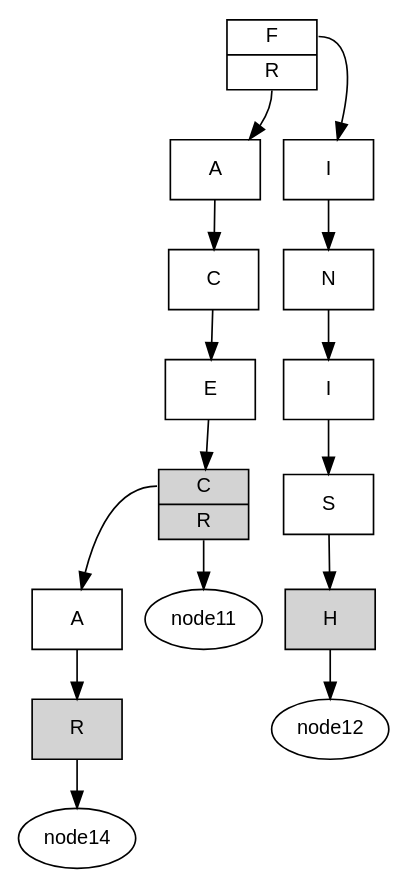
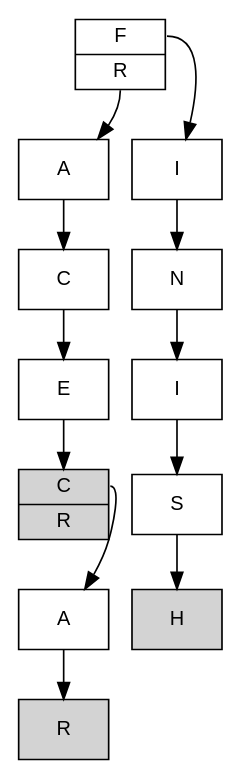
Before and after one commit to samsepi0x0/trie-visualize: the diagram in build/trie.dot, drawn with Graphviz. The commit also changed 3 other files, not shown here.

```diff
--- a/build/trie.dot
+++ b/build/trie.dot
@@ -1,83 +1,80 @@
 digraph g { 
 
 beautify = true;
 fontname="Helvetica,Arial,sans-serif" 
 node [fontname="Helvetica,Arial,sans-serif"] 
 edge [fontname="Helvetica,Arial,sans-serif"] 
 graph [nodesep=0.2, ranksep=0.4];
 graph [ rankdir = "TB" ]; 
 node [ 
 fontsize = "12"
 shape = "ellipse"
 ]; 
 edge []; 
 "node10" [ 
 label = "{ <f0> A }"
 shape = "record"
 ];
 "node9" [ 
 label = "{ <f7> H }"
 shape = "record"
 
 style = "filled"
 ];
 "node8" [ 
 label = "{<f2> C | <f17> R }"
 shape = "record"
 
 style = "filled"
 ];
 "node7" [ 
 label = "{ <f18> S }"
 shape = "record"
 ];
 "node6" [ 
 label = "{ <f4> E }"
 shape = "record"
 ];
 "node5" [ 
 label = "{ <f8> I }"
 shape = "record"
 ];
 "node4" [ 
 label = "{ <f2> C }"
 shape = "record"
 ];
 "node3" [ 
 label = "{ <f13> N }"
 shape = "record"
 ];
 "node2" [ 
 label = "{ <f0> A }"
 shape = "record"
 ];
 "node1" [ 
 label = "{ <f8> I }"
 shape = "record"
 ];
 "node13" [ 
 label = "{ <f17> R }"
 shape = "record"
 
 style = "filled"
 ];
 "node0" [ 
 label = "{<f5> F | <f17> R }"
 shape = "record"
 ];
 "node0":f5 -> "node1" [ id = 0 ];
 "node0":f17 -> "node2" [ id = 1 ];
 "node1":f8 -> "node3" [ id = 2 ];
 "node2":f0 -> "node4" [ id = 3 ];
 "node3":f13 -> "node5" [ id = 4 ];
 "node4":f2 -> "node6" [ id = 5 ];
 "node5":f8 -> "node7" [ id = 6 ];
 "node6":f4 -> "node8" [ id = 7 ];
 "node7":f18 -> "node9" [ id = 8 ];
 "node8":f2 -> "node10" [ id = 9 ];
-"node8":f17 -> "node11" [ id = 10 ];
-"node9":f7 -> "node12" [ id = 11 ];
-"node10":f0 -> "node13" [ id = 12 ];
-"node13":f17 -> "node14" [ id = 13 ];
+"node10":f0 -> "node13" [ id = 10 ];
 
 }
```
